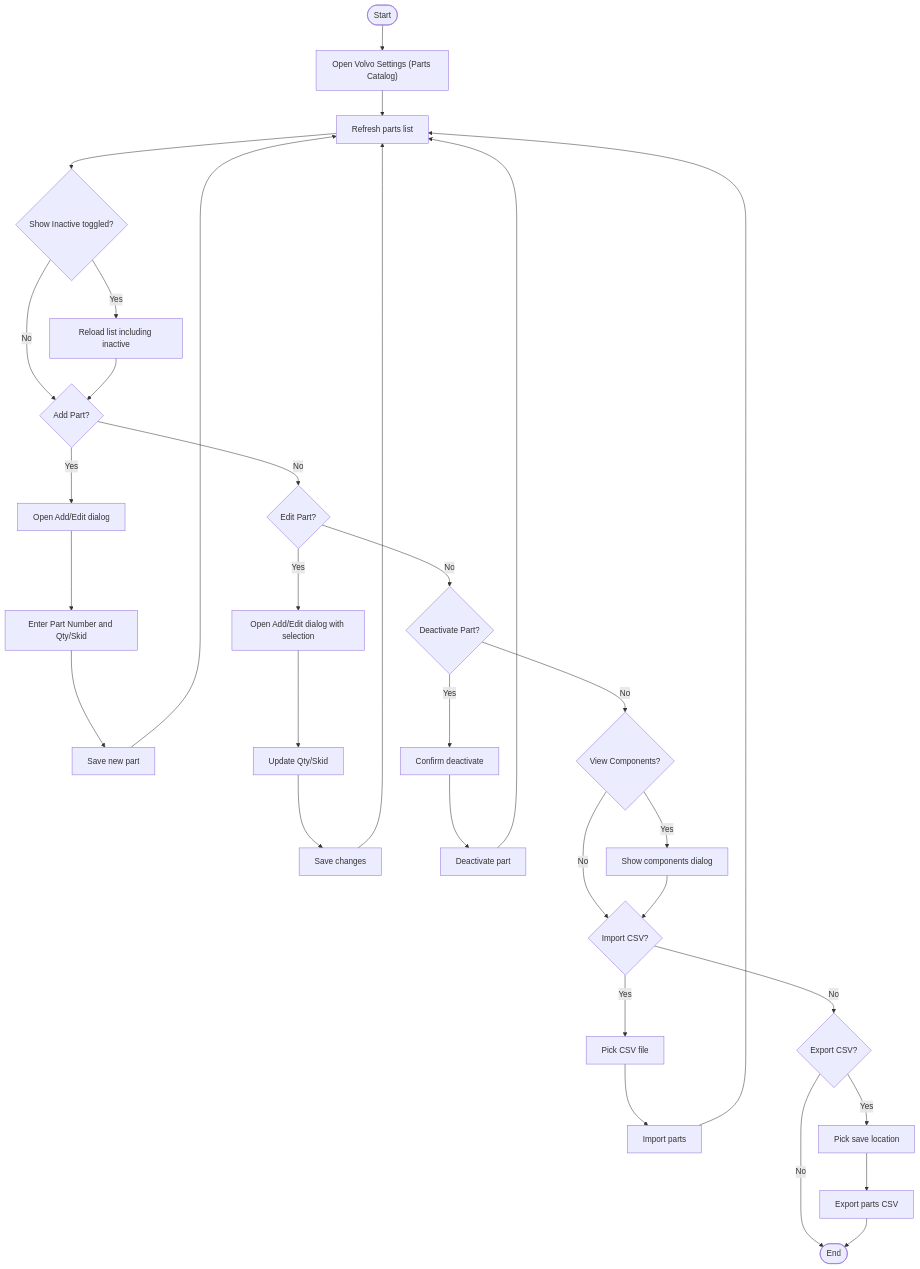
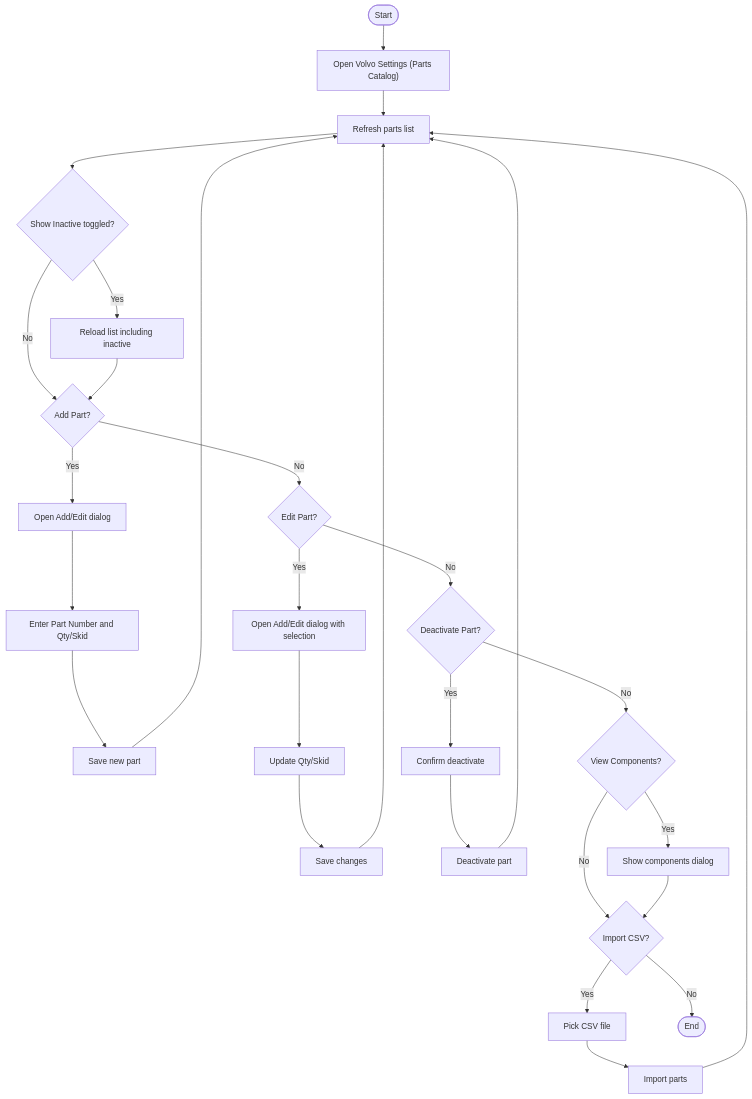
The diagram in Module_Volvo/WorkflowDiagrams/Workflow_Volvo_Settings.md (JDKoll1982/MTM_Receiving_Application), drawn with Mermaid before and after one commit. The commit also changed other lines of this file and 26 other files, not shown here.

First line of the commit message:
refactor: Remove CSV export functionality for parts and shipments

````diff
--- a/Module_Volvo/WorkflowDiagrams/Workflow_Volvo_Settings.md
+++ b/Module_Volvo/WorkflowDiagrams/Workflow_Volvo_Settings.md
@@ -5,41 +5,36 @@
 ```mermaid
 flowchart TD
     Start([Start]) --> Open["Open Volvo Settings (Parts Catalog)"]
     Open --> Refresh[Refresh parts list]
 
     Refresh --> ShowInactive{Show Inactive toggled?}
     ShowInactive -- Yes --> ReloadInactive[Reload list including inactive]
     ShowInactive -- No --> AddPart{Add Part?}
     ReloadInactive --> AddPart
 
     AddPart -- Yes --> OpenAdd[Open Add/Edit dialog]
     OpenAdd --> EnterNew[Enter Part Number and Qty/Skid]
     EnterNew --> SaveNew[Save new part]
     SaveNew --> Refresh
     AddPart -- No --> EditPart{Edit Part?}
 
     EditPart -- Yes --> OpenEdit[Open Add/Edit dialog with selection]
     OpenEdit --> UpdateQty[Update Qty/Skid]
     UpdateQty --> SaveChanges[Save changes]
     SaveChanges --> Refresh
     EditPart -- No --> Deactivate{Deactivate Part?}
 
     Deactivate -- Yes --> ConfirmDeactivate[Confirm deactivate]
     ConfirmDeactivate --> DeactivatePart[Deactivate part]
     DeactivatePart --> Refresh
     Deactivate -- No --> ViewComponents{View Components?}
 
     ViewComponents -- Yes --> ShowComponents[Show components dialog]
     ViewComponents -- No --> ImportCsv{Import CSV?}
     ShowComponents --> ImportCsv
 
     ImportCsv -- Yes --> PickCsv[Pick CSV file]
     PickCsv --> ImportParts[Import parts]
     ImportParts --> Refresh
-    ImportCsv -- No --> ExportCsv{Export CSV?}
-
-    ExportCsv -- Yes --> PickSave[Pick save location]
-    PickSave --> ExportParts[Export parts CSV]
-    ExportCsv -- No --> End([End])
-    ExportParts --> End
+    ImportCsv -- No --> End([End])
 ```
````
